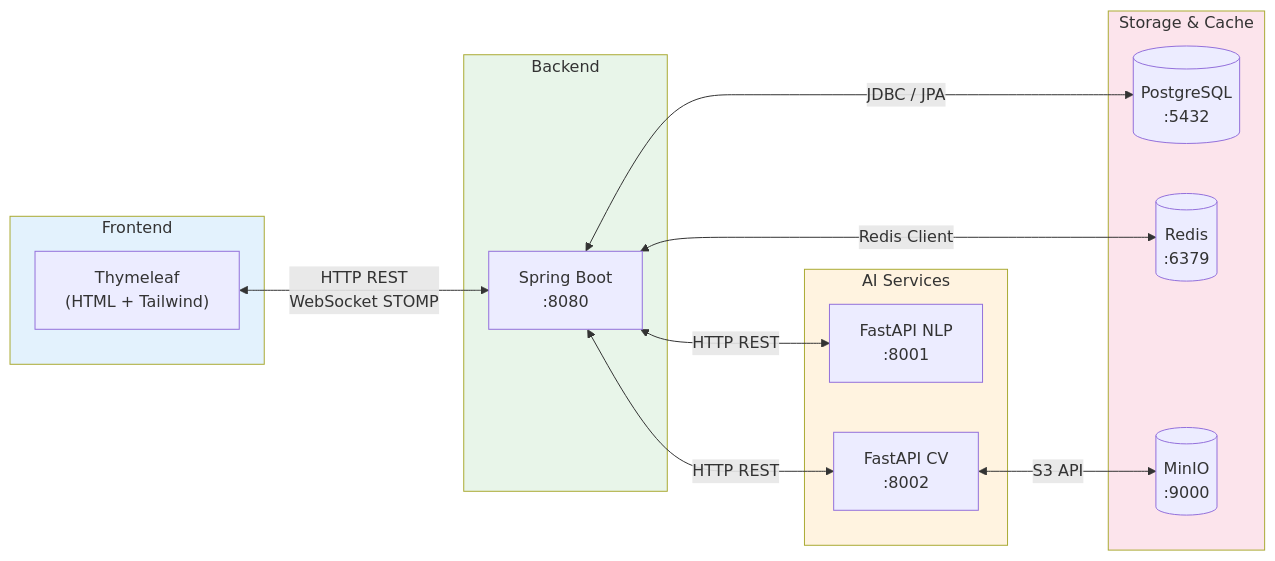
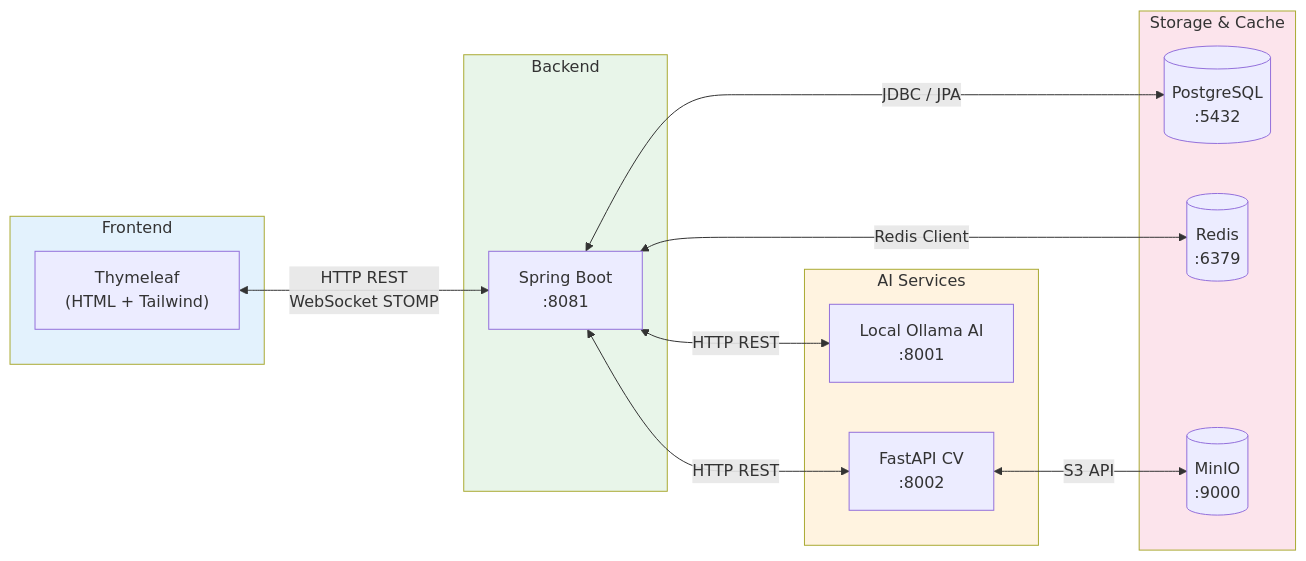
One commit to nguyng/DOANTRITUENHANTAO changed diagram 14 of 18 in So_Do_Mermaid.md. Above: the diagram before and after it, drawn with Mermaid. The commit also changed other lines of this file and 9 other files, not shown here.

Commit message:
docs: update all markdown documentation and reports to reflect Local AI Ollama, CCCD login, BHYT match, and Two-Phase triage

````diff
--- a/So_Do_Mermaid.md
+++ b/So_Do_Mermaid.md
@@ -594,33 +594,33 @@
 ```mermaid
 graph LR
     subgraph FE["Frontend"]
         RC["Thymeleaf\n(HTML + Tailwind)"]
     end
 
     subgraph BE["Backend"]
-        SB["Spring Boot\n:8080"]
+        SB["Spring Boot\n:8081"]
     end
 
     subgraph AISVR["AI Services"]
-        NLP["FastAPI NLP\n:8001"]
+        NLP["Local Ollama AI\n:8001"]
         CV["FastAPI CV\n:8002"]
     end
 
     subgraph STORAGE["Storage & Cache"]
         PG[("PostgreSQL\n:5432")]
         RD[("Redis\n:6379")]
         MN[("MinIO\n:9000")]
     end
 
     RC <-->|"HTTP REST\nWebSocket STOMP"| SB
     SB <-->|"HTTP REST"| NLP
     SB <-->|"HTTP REST"| CV
     SB <-->|"JDBC / JPA"| PG
     SB <-->|"Redis Client"| RD
     CV <-->|"S3 API"| MN
 
     style FE fill:#e3f2fd
     style BE fill:#e8f5e9
     style AISVR fill:#fff3e0
     style STORAGE fill:#fce4ec
 ```
````
